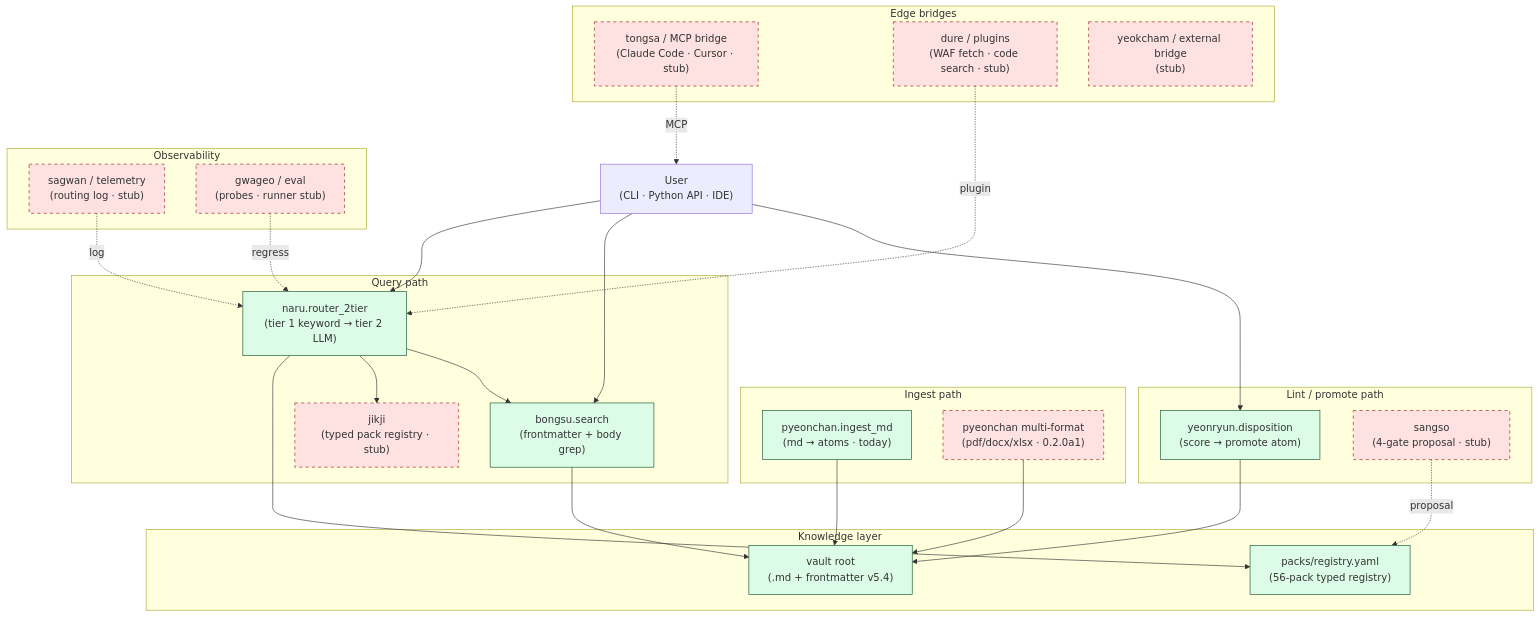
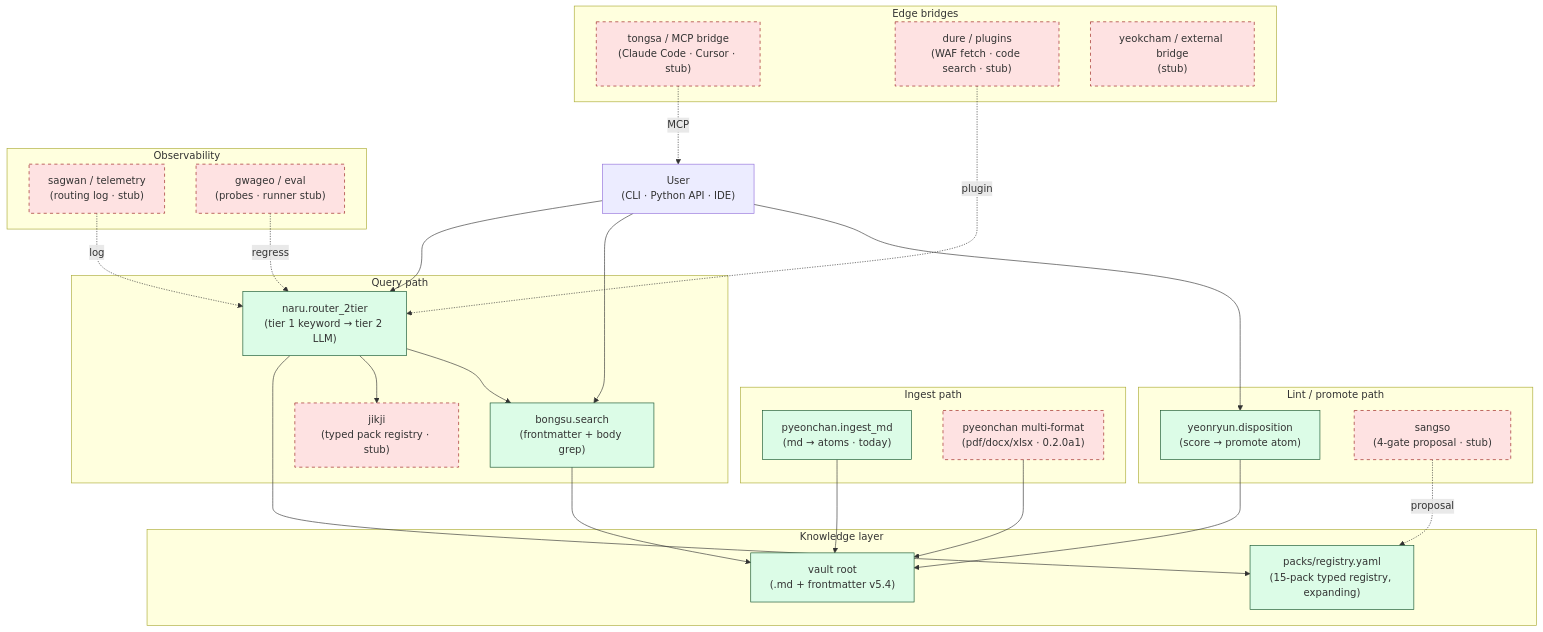
One commit to sillok-os/sillok changed the second of 2 diagrams in README.md. Above: the diagram before and after it, drawn with Mermaid. The commit also changed other lines of this file and 6 other files, not shown here.

First line of the commit message:
[F1+sync] registry: 10 → 15 packs (Wave 1a, refs #1) (#8)

````diff
--- a/README.md
+++ b/README.md
@@ -82,57 +82,57 @@
 ```mermaid
 flowchart TB
     subgraph CORPUS["Knowledge layer"]
         VAULTROOT["vault root<br/>(.md + frontmatter v5.4)"]
-        REGISTRY["packs/registry.yaml<br/>(56-pack typed registry)"]
+        REGISTRY["packs/registry.yaml<br/>(15-pack typed registry, expanding)"]
     end
 
     subgraph INGEST["Ingest path"]
         PYEON["pyeonchan.ingest_md<br/>(md → atoms · today)"]
         PYEON_F["pyeonchan multi-format<br/>(pdf/docx/xlsx · 0.2.0a1)"]
     end
 
     subgraph QUERY["Query path"]
         BONGSU["bongsu.search<br/>(frontmatter + body grep)"]
         NARU["naru.router_2tier<br/>(tier 1 keyword → tier 2 LLM)"]
         JIKJI["jikji<br/>(typed pack registry · stub)"]
     end
 
     subgraph LINT["Lint / promote path"]
         YEON["yeonryun.disposition<br/>(score → promote atom)"]
         SANGSO["sangso<br/>(4-gate proposal · stub)"]
     end
 
     subgraph OBS["Observability"]
         SAGWAN["sagwan / telemetry<br/>(routing log · stub)"]
         GWAGEO["gwageo / eval<br/>(probes · runner stub)"]
     end
 
     subgraph BRIDGES["Edge bridges"]
         TONGSA["tongsa / MCP bridge<br/>(Claude Code · Cursor · stub)"]
         DURE["dure / plugins<br/>(WAF fetch · code search · stub)"]
         YEOK["yeokcham / external bridge<br/>(stub)"]
     end
 
     USER["User<br/>(CLI · Python API · IDE)"]
 
     USER --> NARU
     NARU --> REGISTRY
     NARU --> JIKJI
     NARU --> BONGSU
     BONGSU --> VAULTROOT
     USER --> BONGSU
     USER --> YEON
     YEON --> VAULTROOT
     PYEON --> VAULTROOT
     PYEON_F --> VAULTROOT
     SANGSO -.proposal.-> REGISTRY
     SAGWAN -.log.-> NARU
     GWAGEO -.regress.-> NARU
     TONGSA -.MCP.-> USER
     DURE -.plugin.-> NARU
 
     classDef stub fill:#fee2e2,stroke:#991b1b,stroke-dasharray: 5 5
     classDef live fill:#dcfce7,stroke:#14532d
     class BONGSU,NARU,YEON,PYEON,VAULTROOT,REGISTRY live
     class JIKJI,SANGSO,SAGWAN,GWAGEO,TONGSA,DURE,YEOK,PYEON_F stub
 ```
````
